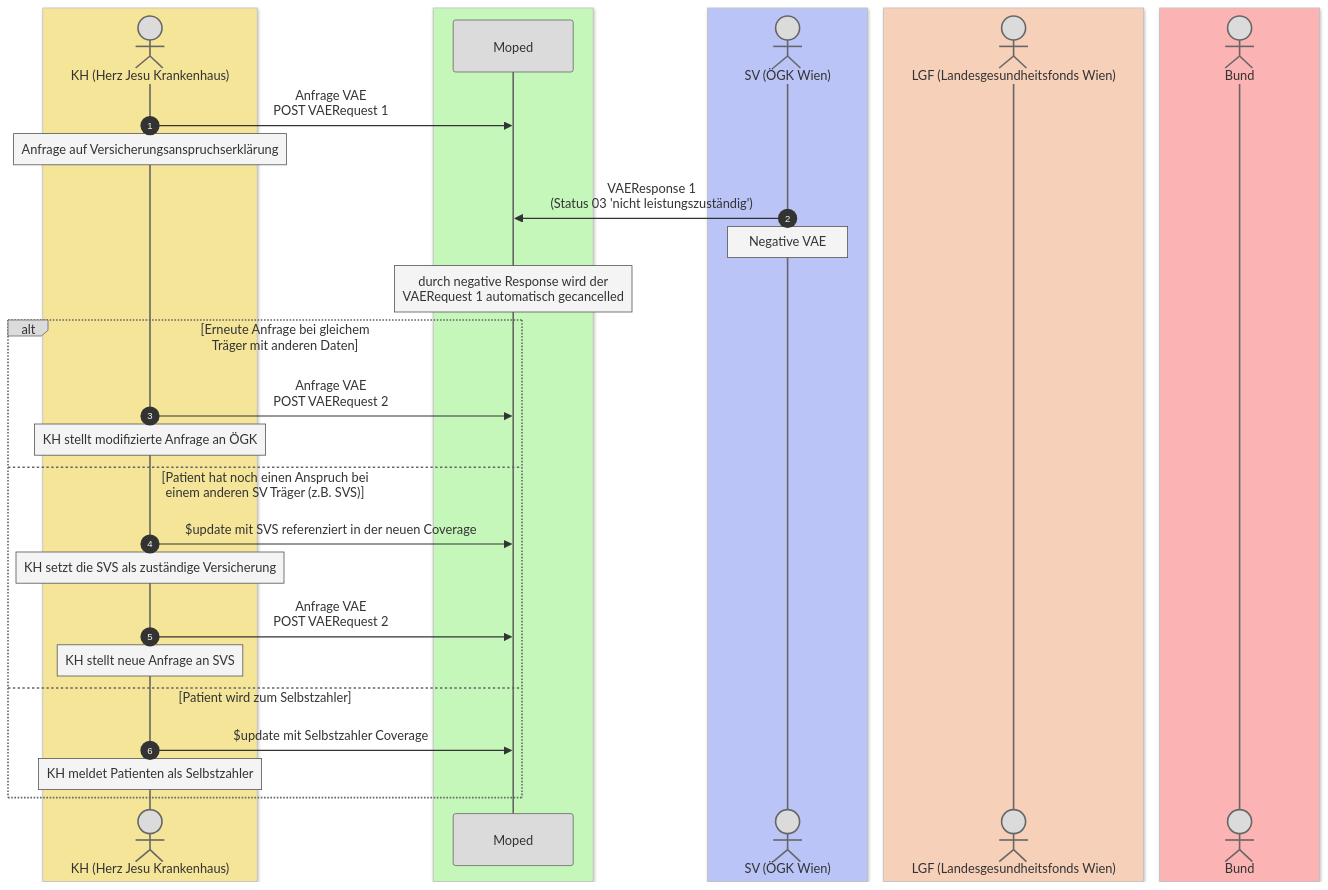
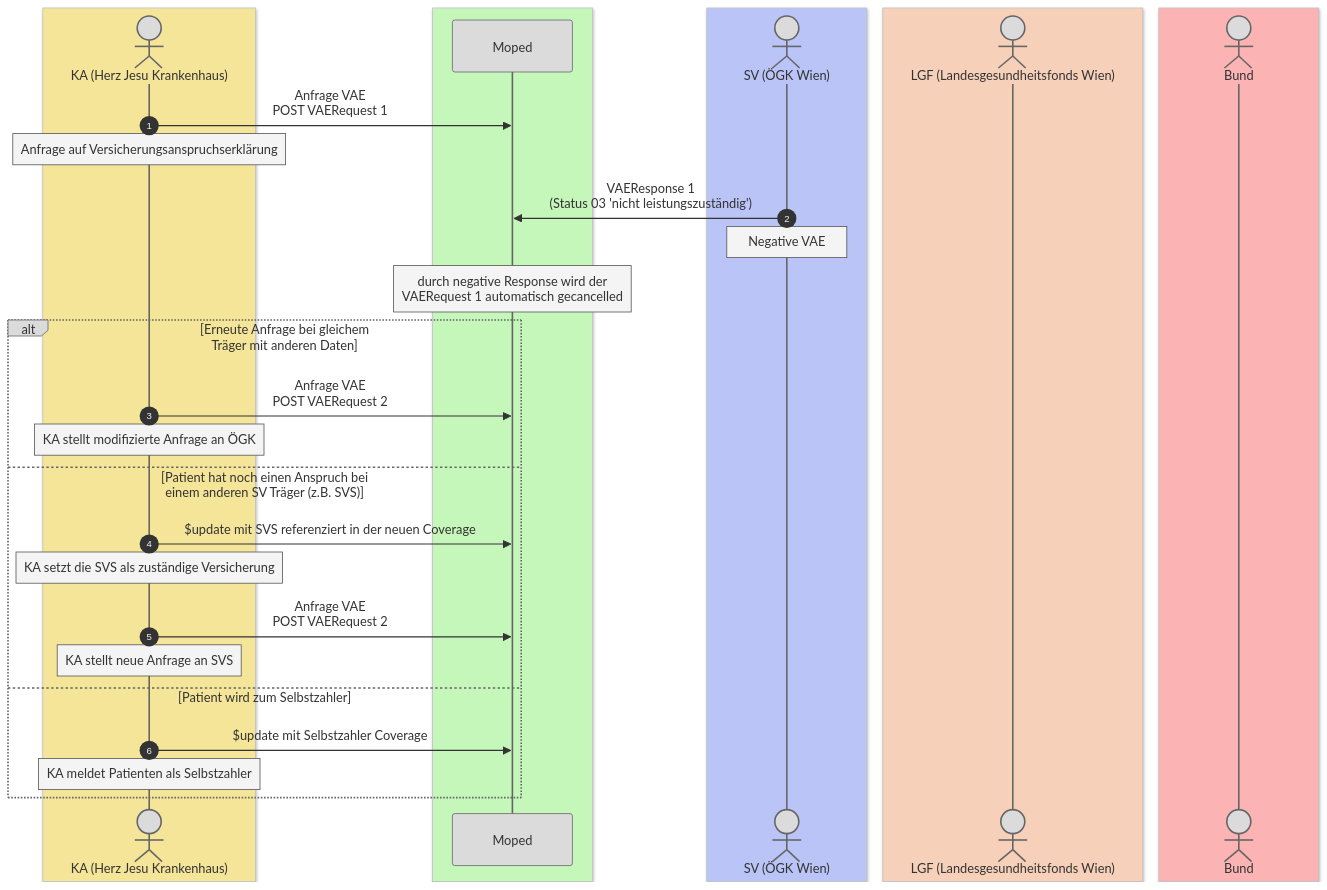
The second of 5 diagrams in input/pagecontent/AF28bis32.md (HL7Austria/ELGA-MOPED-R5), drawn with Mermaid before and after one commit. The commit also changed other lines of this file and 184 other files, not shown here.

```diff
--- a/input/pagecontent/AF28bis32.md
+++ b/input/pagecontent/AF28bis32.md
@@ -173,45 +173,45 @@
 <pre class="mermaid">
     ---
     config:
       theme: 'base'
       themeVariables:
         primaryColor: '#dbdbdb'         
         actorBorder: '#666'
         noteBkgColor: '#f4f4f4'
         noteBorderColor: '#555'
     ---
     sequenceDiagram
     autonumber
     box rgb(245, 229, 153)
-    actor KH as KH (Herz Jesu Krankenhaus)
+    actor KA as KA (Herz Jesu Krankenhaus)
     end
     box rgb(197, 247, 186)
     participant MP as Moped
     end
     box rgb(186, 196, 247)
     actor SV as SV (ÖGK Wien)
     end
     box rgb(247, 208, 186)
     actor LGF as LGF (Landesgesundheitsfonds Wien)
     end
     box rgb(252, 179, 179) 
     actor Bund as Bund 
     end
-    KH->>MP: Anfrage VAE <br/>POST VAERequest 1
-    Note over KH: Anfrage auf Versicherungsanspruchserklärung 
+    KA->>MP: Anfrage VAE <br/>POST VAERequest 1
+    Note over KA: Anfrage auf Versicherungsanspruchserklärung 
     SV->>MP: VAEResponse 1<br/>(Status 03 'nicht leistungszuständig')
     Note over SV: Negative VAE
     Note over MP: durch negative Response wird der <br/>VAERequest 1 automatisch gecancelled
     alt Erneute Anfrage bei gleichem<br/> Träger mit anderen Daten
-      KH->>MP: Anfrage VAE <br/>POST VAERequest 2
-      Note over KH: KH stellt modifizierte Anfrage an ÖGK
+      KA->>MP: Anfrage VAE <br/>POST VAERequest 2
+      Note over KA: KA stellt modifizierte Anfrage an ÖGK
     else Patient hat noch einen Anspruch bei <br/>einem anderen SV Träger (z.B. SVS)
-      KH->>MP: $update mit SVS referenziert in der neuen Coverage
-      Note over KH: KH setzt die SVS als zuständige Versicherung
-      KH->>MP: Anfrage VAE <br/>POST VAERequest 2
-      Note over KH: KH stellt neue Anfrage an SVS
+      KA->>MP: $update mit SVS referenziert in der neuen Coverage
+      Note over KA: KA setzt die SVS als zuständige Versicherung
+      KA->>MP: Anfrage VAE <br/>POST VAERequest 2
+      Note over KA: KA stellt neue Anfrage an SVS
     else  Patient wird zum Selbstzahler
-      KH->>MP: $update mit Selbstzahler Coverage
-      Note over KH: KH meldet Patienten als Selbstzahler 
+      KA->>MP: $update mit Selbstzahler Coverage
+      Note over KA: KA meldet Patienten als Selbstzahler 
     end
 </pre>
```
